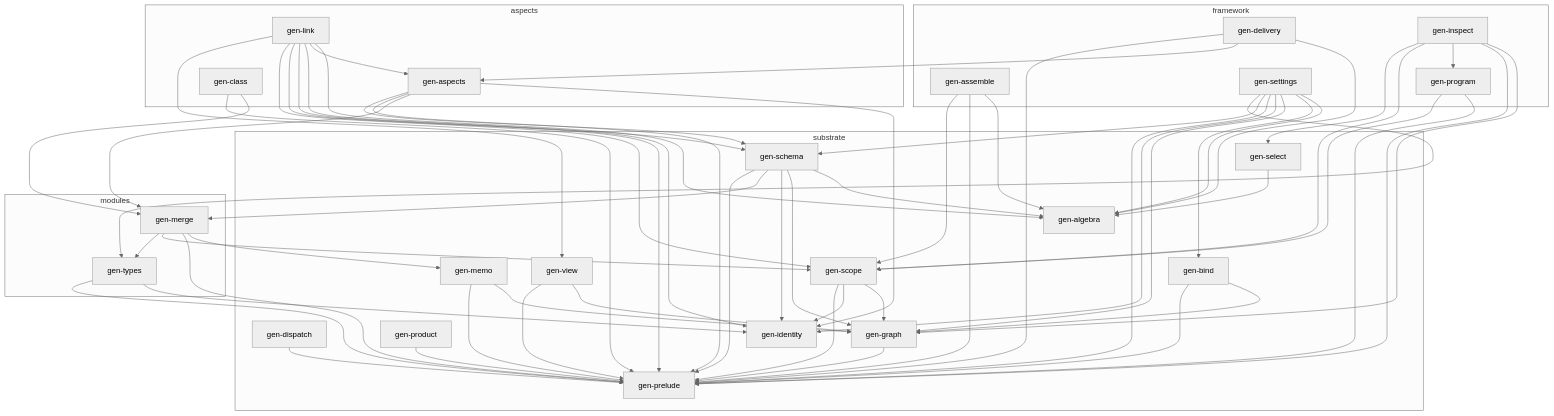
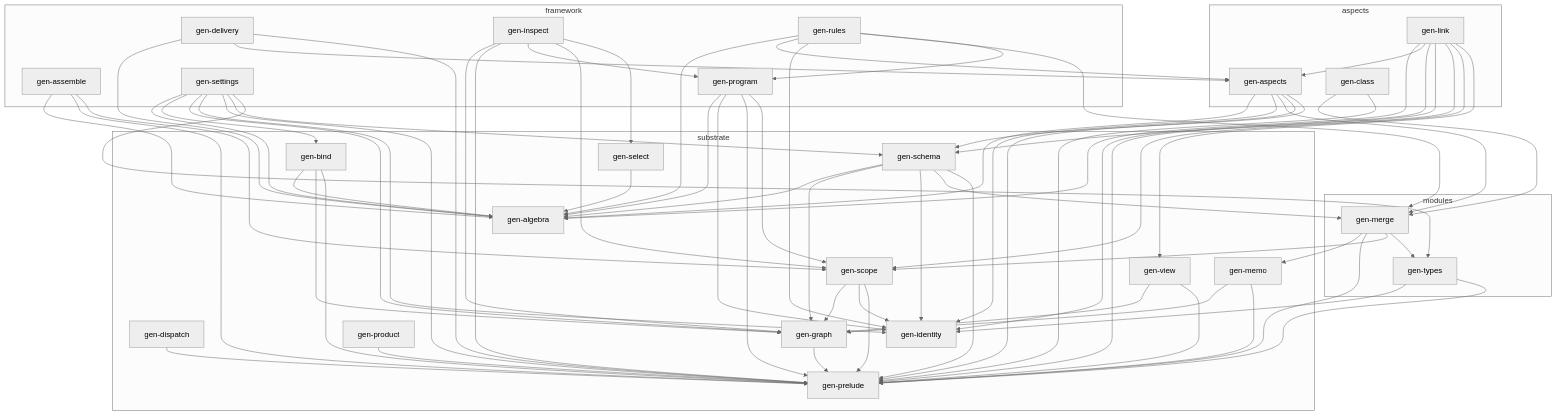
The first of 4 diagrams in ARCHITECTURE.md (sini/gen), drawn with Mermaid (neutral theme) before and after one commit. The commit also changed other lines of this file and 12 other files, not shown here.

First line of the commit message:
relock 51: gen-rules joins the roster; units 1-3 wired; bump every declared input to its tip

```diff
--- a/ARCHITECTURE.md
+++ b/ARCHITECTURE.md
@@ -68,8 +68,10 @@
     gen_delivery["gen-delivery"]
     gen_inspect["gen-inspect"]
     gen_program["gen-program"]
+    gen_rules["gen-rules"]
     gen_settings["gen-settings"]
   end
+  gen_aspects --> gen_algebra
   gen_aspects --> gen_identity
   gen_aspects --> gen_merge
   gen_aspects --> gen_prelude
@@ -77,6 +79,7 @@
   gen_assemble --> gen_algebra
   gen_assemble --> gen_prelude
   gen_assemble --> gen_scope
+  gen_bind --> gen_algebra
   gen_bind --> gen_graph
   gen_bind --> gen_prelude
   gen_class --> gen_merge
@@ -105,8 +108,15 @@
   gen_merge --> gen_scope
   gen_merge --> gen_types
   gen_product --> gen_prelude
+  gen_program --> gen_algebra
+  gen_program --> gen_identity
   gen_program --> gen_prelude
   gen_program --> gen_scope
+  gen_rules --> gen_algebra
+  gen_rules --> gen_aspects
+  gen_rules --> gen_identity
+  gen_rules --> gen_merge
+  gen_rules --> gen_program
   gen_schema --> gen_algebra
   gen_schema --> gen_graph
   gen_schema --> gen_identity
```
